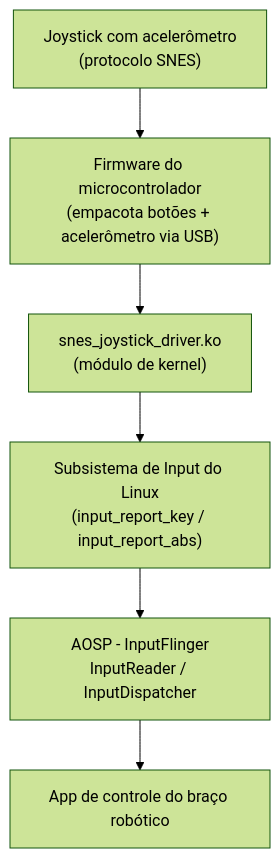
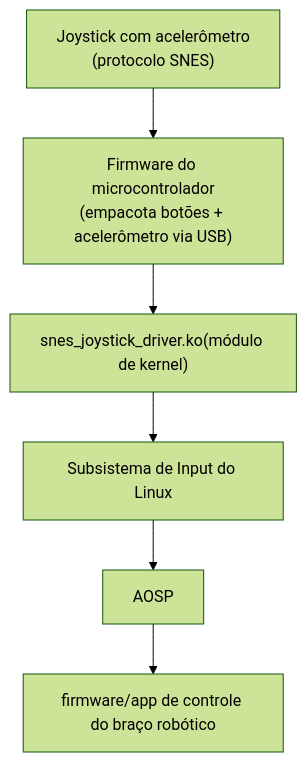
One commit to ThiagoChaves517/DevTITANS_Equipe-3_-Joystick-no-Raspberry changed the diagram in README.md. Above: the diagram before and after it, drawn with Mermaid (forest theme).

Commit message:
Revise flowchart for joystick driver explanation
Updated flowchart in README to reflect changes in kernel module and firmware description.

````diff
--- a/README.md
+++ b/README.md
@@ -69,8 +69,8 @@
 ```mermaid
 flowchart TD
     A["Joystick com acelerômetro<br/>(protocolo SNES)"] --> B["Firmware do microcontrolador<br/>(empacota botões + acelerômetro via USB)"]
-    B --> C["snes_joystick_driver.ko<br/>(módulo de kernel)"]
-    C --> D["Subsistema de Input do Linux<br/>(input_report_key / input_report_abs)"]
-    D --> E["AOSP - InputFlinger<br/>InputReader / InputDispatcher"]
-    E --> F["App de controle do braço robótico"]
+    B --> C["snes_joystick_driver.ko(módulo de kernel)"]
+    C --> D["Subsistema de Input do Linux"]
+    D --> E["AOSP"]
+    E --> F["firmware/app de controle do braço robótico"]
 ```
````
